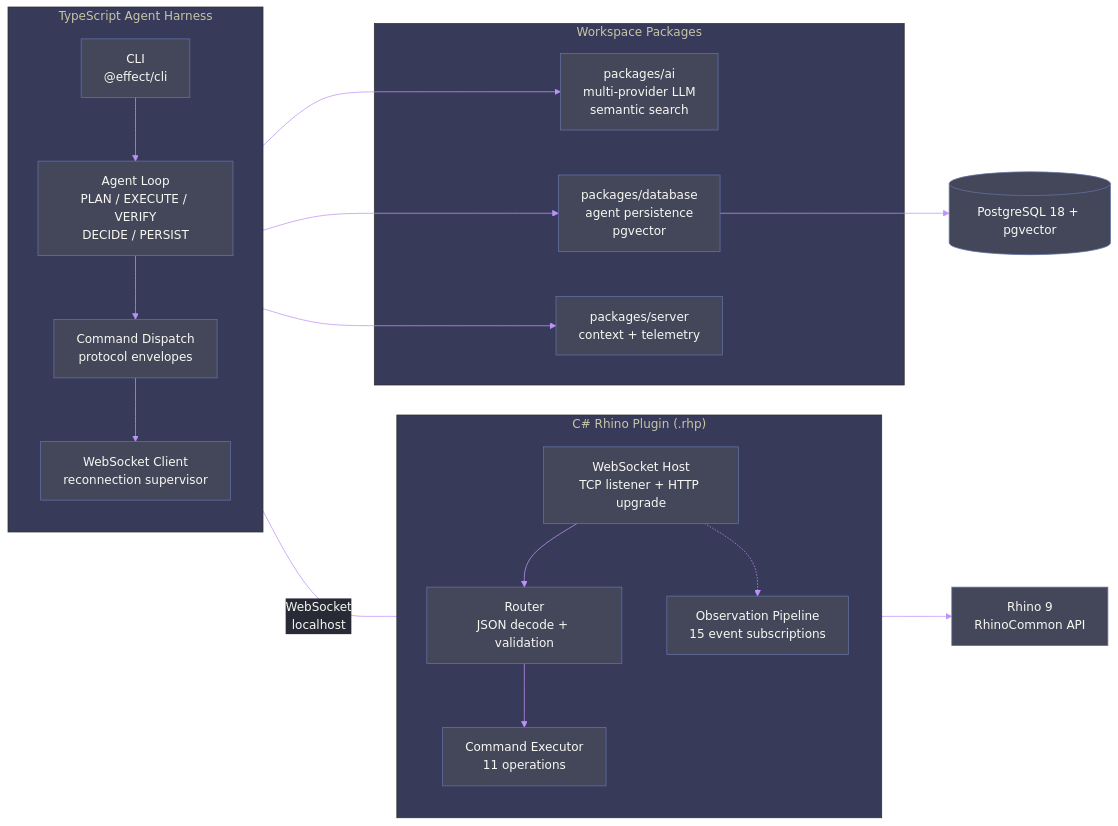
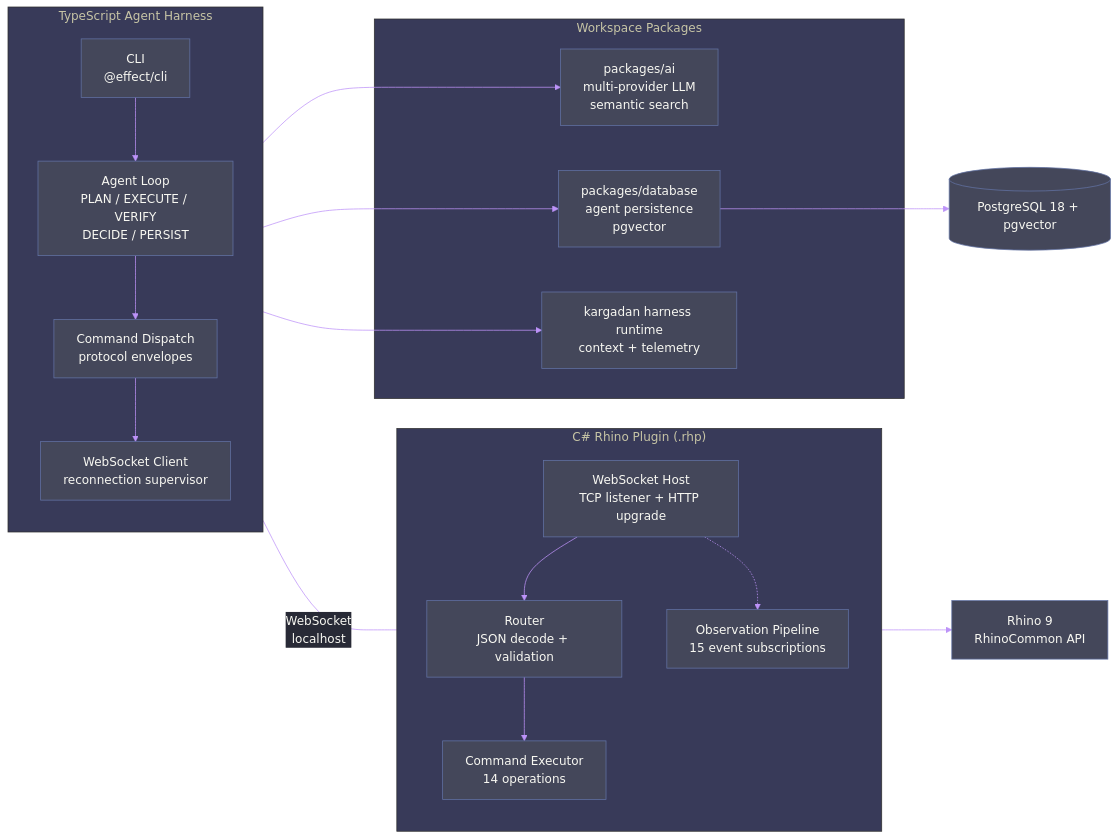
The first of 3 diagrams in apps/kargadan/README.md (bsamiee/Parametric_Portal), drawn with Mermaid before and after one commit. The commit also changed other lines of this file and 55 other files, not shown here.

Commit message:
chore: workspace quality alignment and kargadan harness refinements

````diff
--- a/apps/kargadan/README.md
+++ b/apps/kargadan/README.md
@@ -68,53 +68,53 @@
 ```mermaid
 ---
 config:
   theme: base
   themeVariables:
     primaryColor: "#44475a"
     primaryTextColor: "#f8f8f2"
     primaryBorderColor: "#6272a4"
     secondaryColor: "#282a36"
     tertiaryColor: "#383a59"
     lineColor: "#bd93f9"
     fontFamily: "monospace"
   flowchart:
     curve: basis
     nodeSpacing: 60
     rankSpacing: 60
 ---
 flowchart LR
   accTitle: Kargadan Two-Process Architecture
   accDescr: TypeScript harness communicates with C# Rhino plugin over localhost WebSocket
 
   subgraph Harness ["TypeScript Agent Harness"]
     direction TB
     CLI["CLI\n@effect/cli"]
     AL["Agent Loop\nPLAN / EXECUTE / VERIFY\nDECIDE / PERSIST"]
     CD["Command Dispatch\nprotocol envelopes"]
     WC["WebSocket Client\nreconnection supervisor"]
     CLI --> AL --> CD --> WC
   end
 
   subgraph Plugin ["C# Rhino Plugin (.rhp)"]
     direction TB
     WS["WebSocket Host\nTCP listener + HTTP upgrade"]
     RT["Router\nJSON decode + validation"]
-    EX["Command Executor\n11 operations"]
+    EX["Command Executor\n14 operations"]
     OB["Observation Pipeline\n15 event subscriptions"]
     WS --> RT --> EX
     WS -.-> OB
   end
 
   subgraph Deps ["Workspace Packages"]
     AI["packages/ai\nmulti-provider LLM\nsemantic search"]
     DB["packages/database\nagent persistence\npgvector"]
-    SV["packages/server\ncontext + telemetry"]
+    KH["kargadan harness runtime\ncontext + telemetry"]
   end
 
   WC ---|"WebSocket\nlocalhost"| WS
   AL --> AI
   AL --> DB
-  AL --> SV
+  AL --> KH
   EX --> Rhino9["Rhino 9\nRhinoCommon API"]
   DB --> PG[("PostgreSQL 18 + pgvector")]
 ```
````
